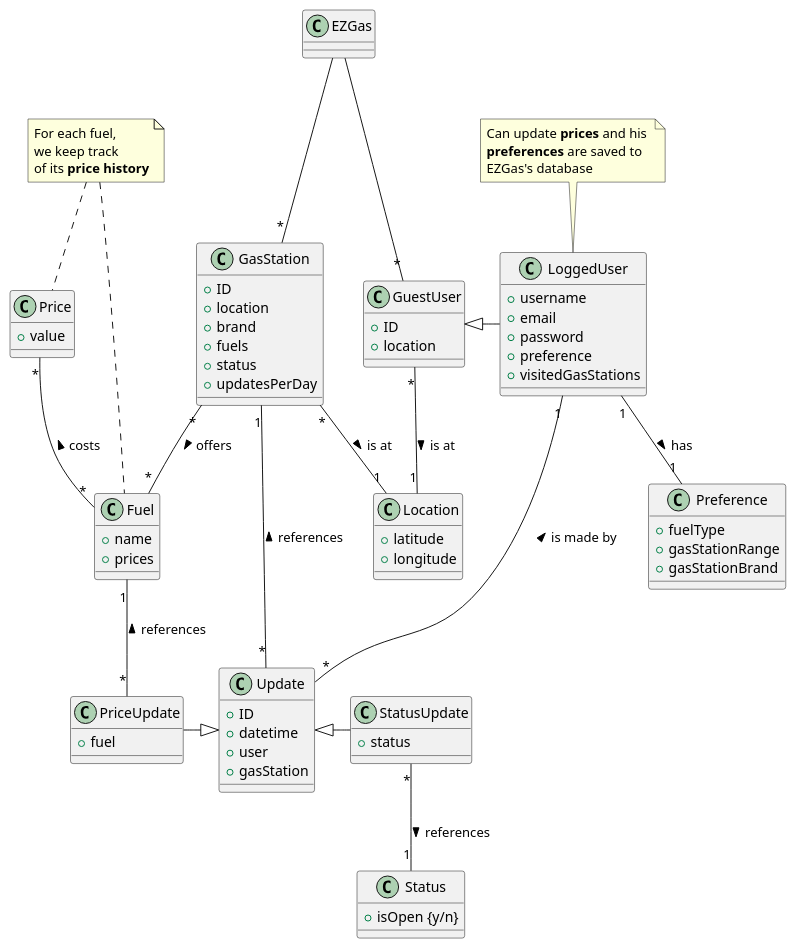
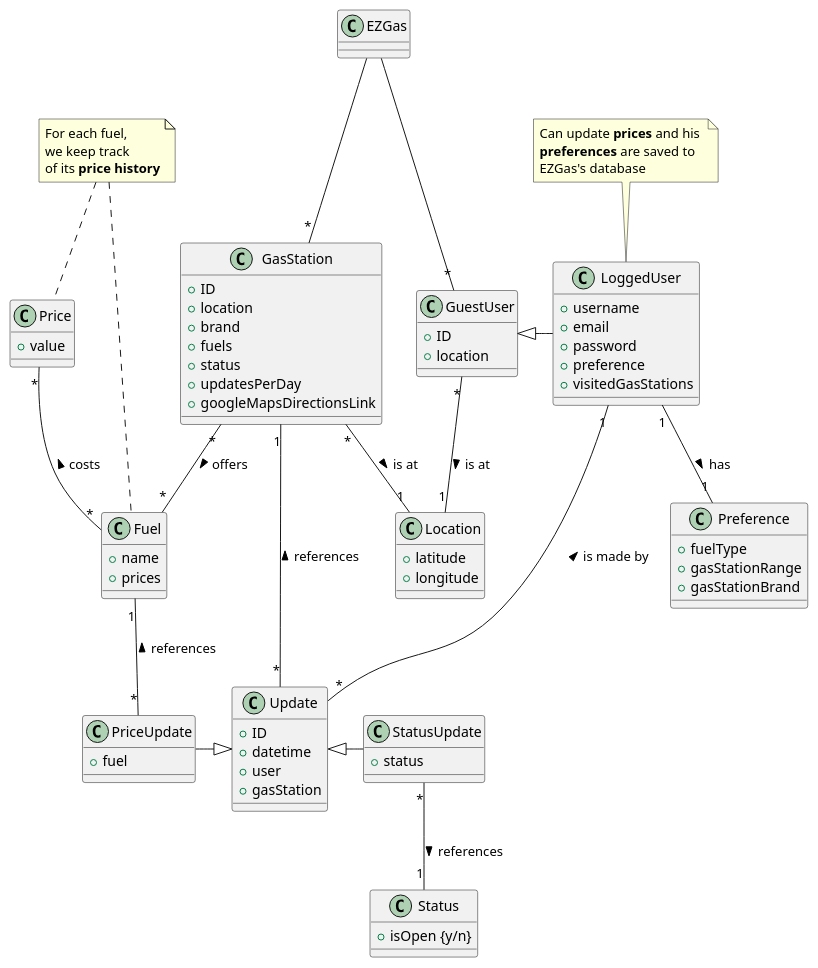
One commit to e-caste/SoftEng-EZGas changed the third of 3 diagrams in docs/RequirementsDocument.md. Above: the diagram before and after it, drawn with PlantUML. The commit also changed other lines of this file, not shown here.

```diff
--- a/docs/RequirementsDocument.md
+++ b/docs/RequirementsDocument.md
@@ -405,6 +411,7 @@
 + fuels
 + status
 + updatesPerDay
++ googleMapsDirectionsLink
 }
 
 class Fuel {
```
